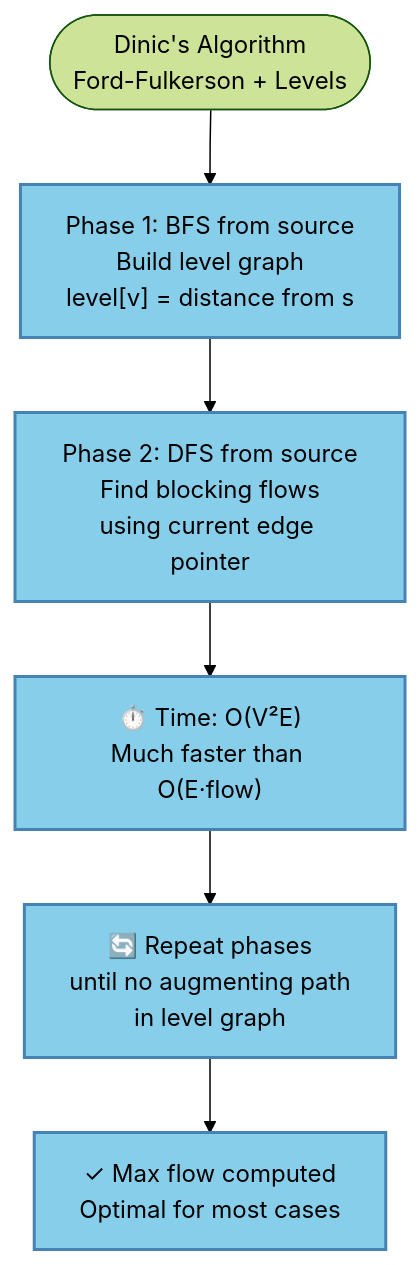
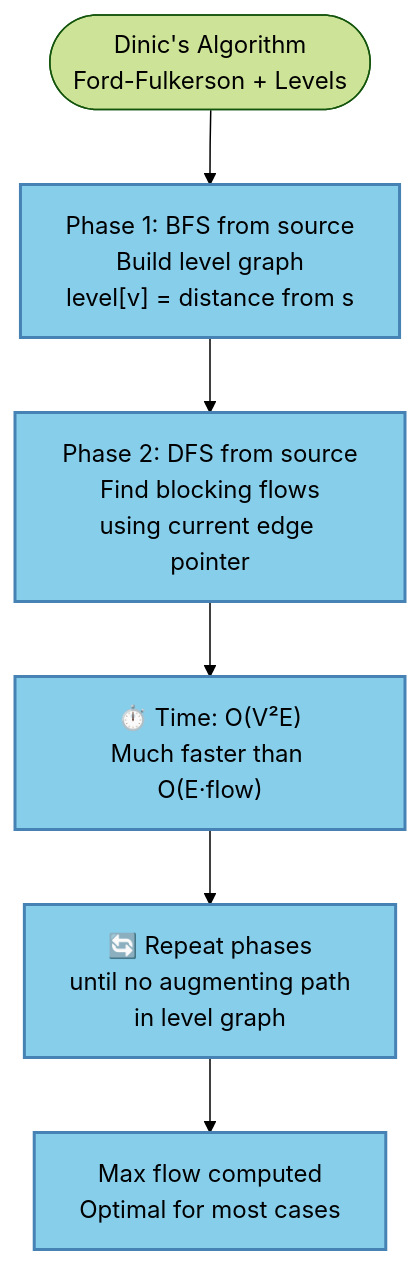
Diagram 20 of 41 in docs/algorithms/advanced/advanced_algorithms.md (souradeepta/interviewprep), drawn with Mermaid (forest theme) before and after one commit. The commit also changed other lines of this file, not shown here.

Commit message:
fix: remove Unicode checkmark characters from Mermaid flowchart

````diff
--- a/docs/algorithms/advanced/advanced_algorithms.md
+++ b/docs/algorithms/advanced/advanced_algorithms.md
@@ -846,11 +846,11 @@
 ```mermaid
 flowchart TD
     Start(["Dinic's Algorithm<br/>Ford-Fulkerson + Levels"]) --> Step1["Phase 1: BFS from source<br/>Build level graph<br/>level[v] = distance from s"]
     Step1 --> Step2["Phase 2: DFS from source<br/>Find blocking flows<br/>using current edge pointer"]
     Step2 --> Step3["⏱️ Time: O(V²E)<br/>Much faster than O(E·flow)"]
     Step3 --> Repeat["🔄 Repeat phases<br/>until no augmenting path<br/>in level graph"]
-    Repeat --> End["✓ Max flow computed<br/>Optimal for most cases"]
+    Repeat --> End["Max flow computed<br/>Optimal for most cases"]
     
     classDef algo fill:#87CEEB,stroke:#4682B4,stroke-width:2px,color:#000
     class Step1,Step2,Step3,Repeat,End algo
 ```
````
